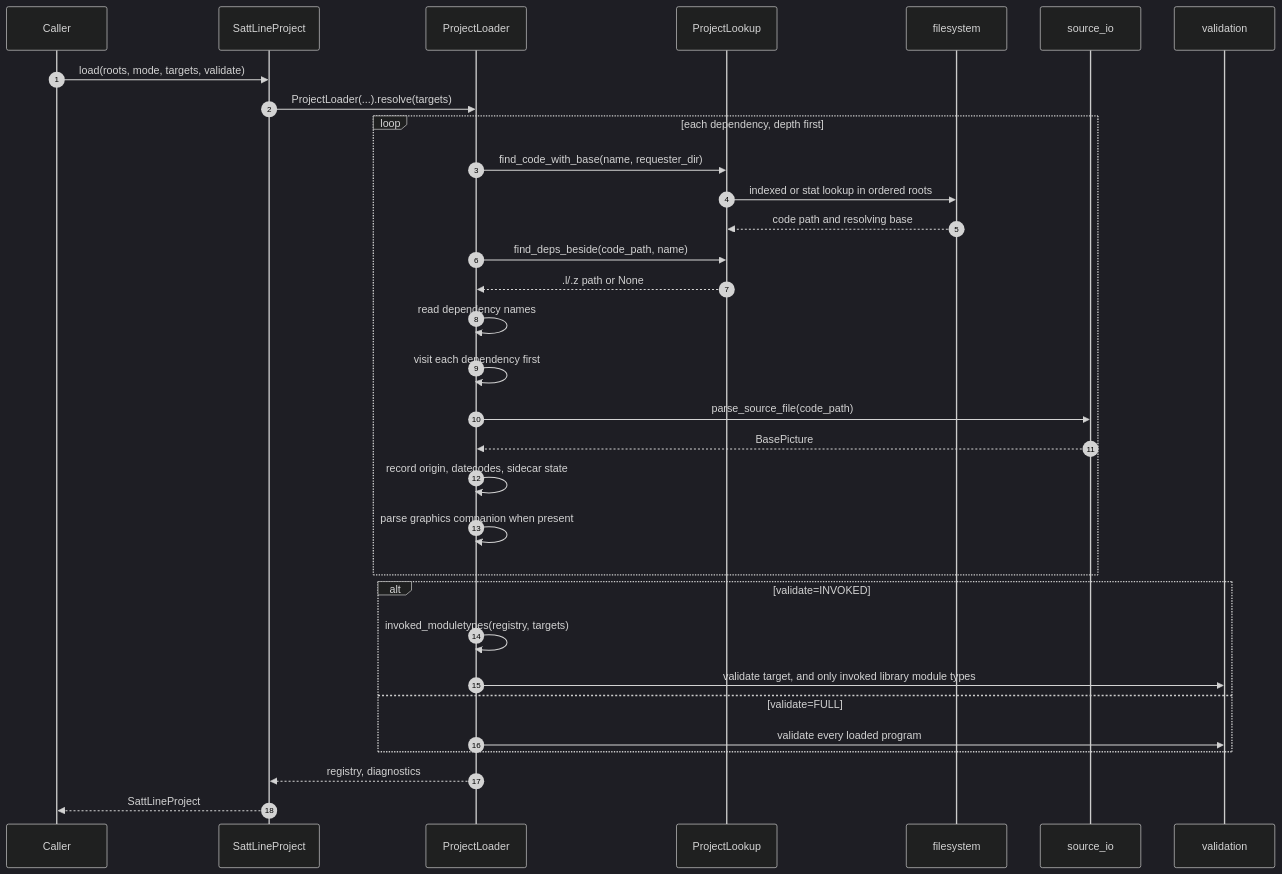
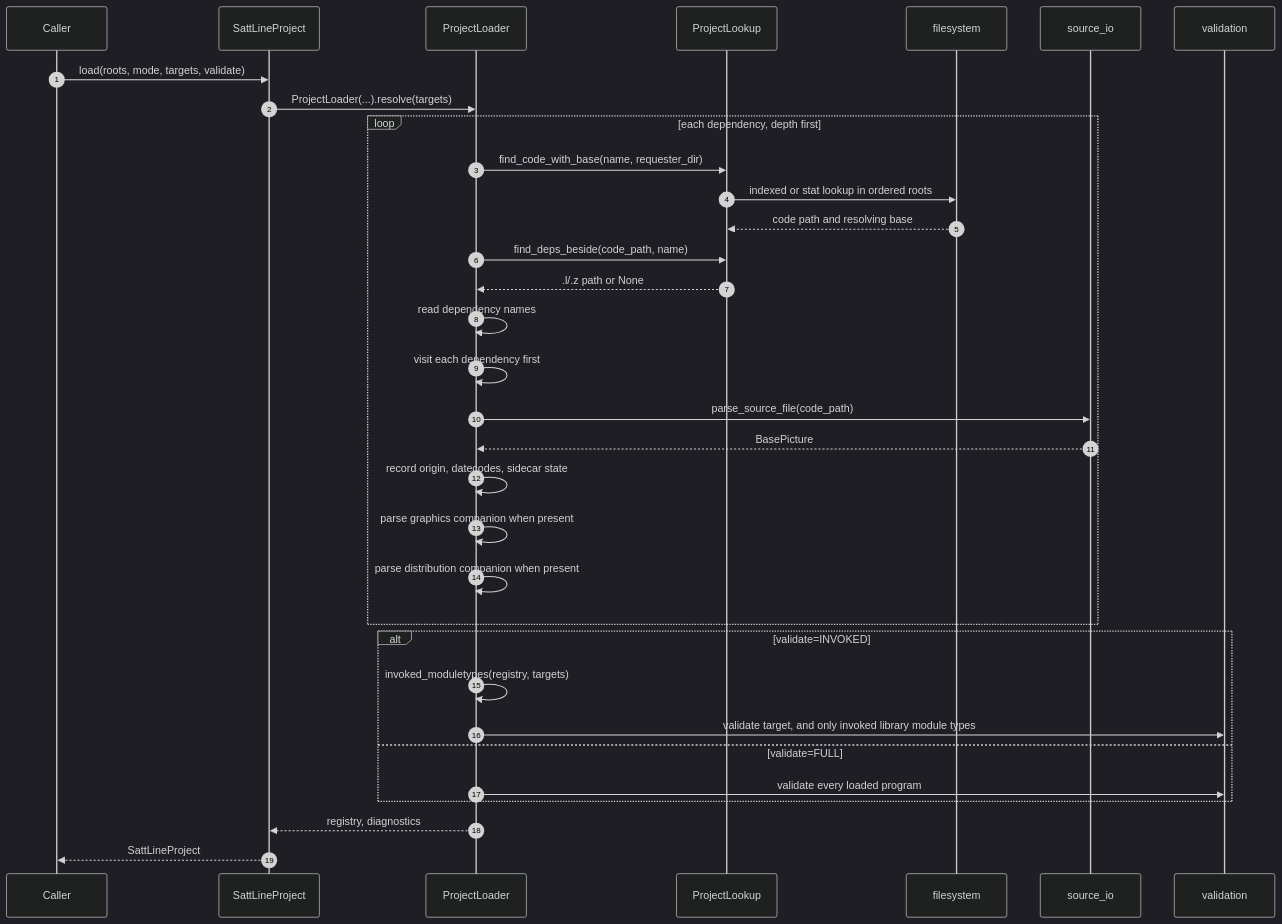
Before and after one commit to SorenHJohansen/sattline-parser: the third of 4 diagrams in docs/architecture.md, drawn with Mermaid (dark theme). The commit also changed other lines of this file and 29 other files, not shown here.

````diff
--- a/docs/architecture.md
+++ b/docs/architecture.md
@@ -178,35 +178,36 @@
 ```mermaid
 sequenceDiagram
     autonumber
     participant Caller
     participant P as SattLineProject
     participant L as ProjectLoader
     participant D as ProjectLookup
     participant FS as filesystem
     participant S as source_io
     participant V as validation
 
     Caller->>P: load(roots, mode, targets, validate)
     P->>L: ProjectLoader(...).resolve(targets)
     loop each dependency, depth first
         L->>D: find_code_with_base(name, requester_dir)
         D->>FS: indexed or stat lookup in ordered roots
         FS-->>D: code path and resolving base
         L->>D: find_deps_beside(code_path, name)
         D-->>L: .l/.z path or None
         L->>L: read dependency names
         L->>L: visit each dependency first
         L->>S: parse_source_file(code_path)
         S-->>L: BasePicture
         L->>L: record origin, datecodes, sidecar state
         L->>L: parse graphics companion when present
+        L->>L: parse distribution companion when present
     end
     alt validate=INVOKED
         L->>L: invoked_moduletypes(registry, targets)
         L->>V: validate target, and only invoked library module types
     else validate=FULL
         L->>V: validate every loaded program
     end
     L-->>P: registry, diagnostics
     P-->>Caller: SattLineProject
 ```
````
